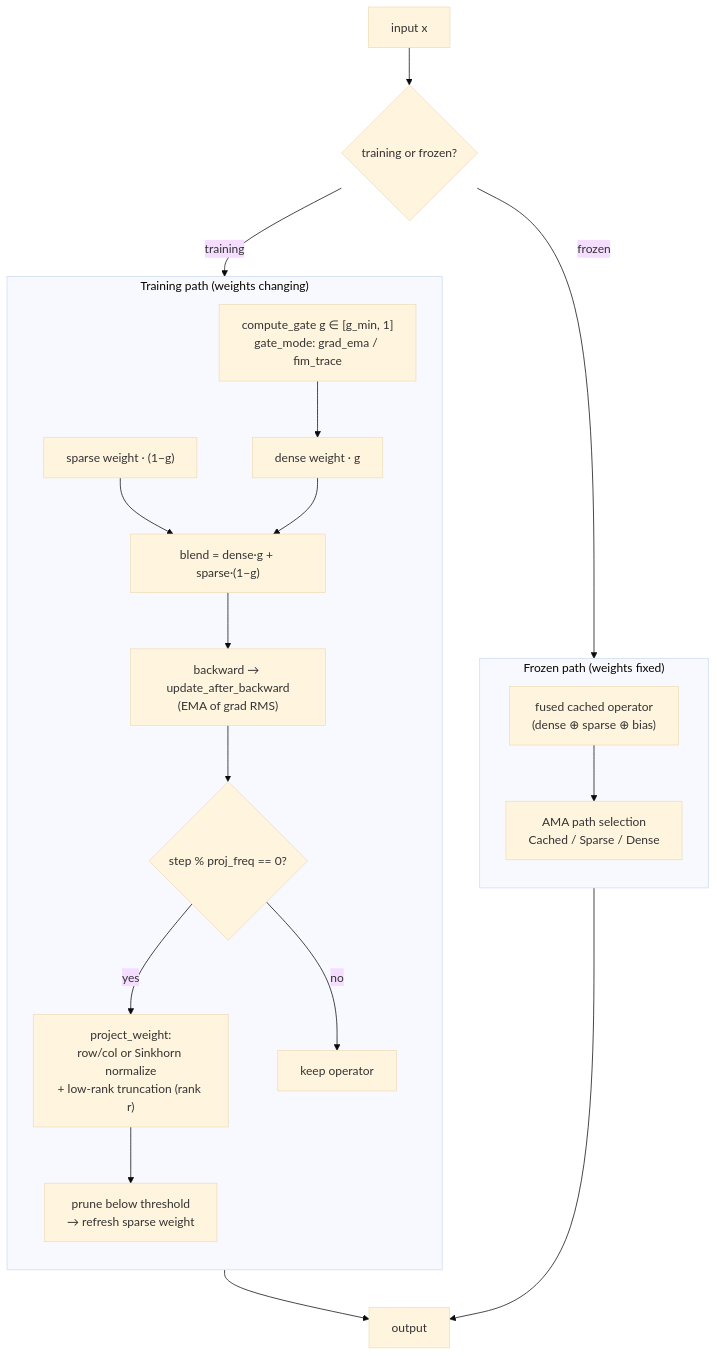
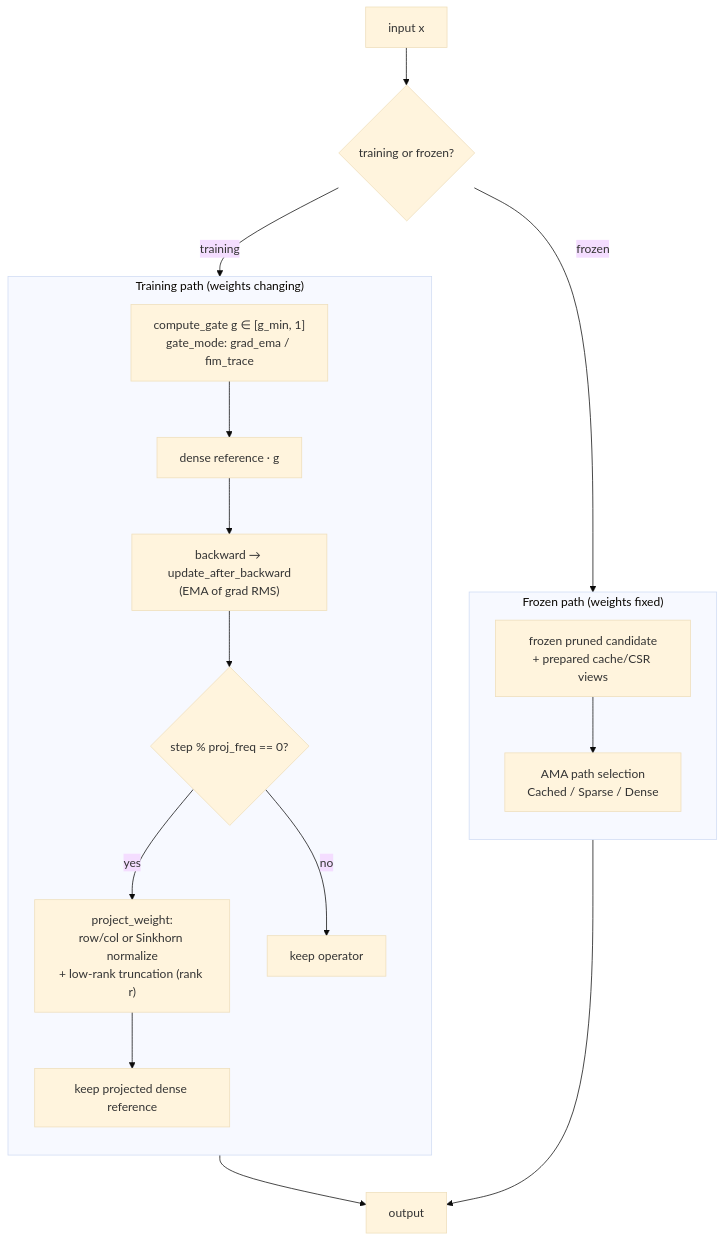
The first of 4 diagrams in README.md (zayokami/Talos-XII), drawn with Mermaid (base theme) before and after one commit. The commit also changed other lines of this file and 8 other files, not shown here.

````diff
--- a/README.md
+++ b/README.md
@@ -138,26 +138,24 @@
 ```mermaid
 flowchart TD
     X["input x"] --> G{"training or frozen?"}
 
     subgraph TRAIN["Training path (weights changing)"]
         direction TB
-        CG["compute_gate&nbsp;g&nbsp;∈&nbsp;[g_min,&nbsp;1]<br/>gate_mode: grad_ema / fim_trace"] --> DW["dense weight · g"]
-        SW["sparse weight · (1−g)"] --> BLEND["blend = dense·g + sparse·(1−g)"]
-        DW --> BLEND
-        BLEND --> BWD["backward → update_after_backward<br/>(EMA of grad RMS)"]
+        CG["compute_gate&nbsp;g&nbsp;∈&nbsp;[g_min,&nbsp;1]<br/>gate_mode: grad_ema / fim_trace"] --> ACTIVE["dense reference · g"]
+        ACTIVE --> BWD["backward → update_after_backward<br/>(EMA of grad RMS)"]
         BWD --> PROJ{"step % proj_freq == 0?"}
         PROJ -- yes --> MANI["project_weight:<br/>row/col or Sinkhorn normalize<br/>+ low-rank truncation (rank r)"]
-        MANI --> PRUNE["prune below threshold<br/>→ refresh sparse weight"]
+        MANI --> KEEP["keep projected dense reference"]
         PROJ -- no --> SKIP["keep operator"]
     end
 
     subgraph INFER["Frozen path (weights fixed)"]
         direction TB
-        FUSE["fused cached operator<br/>(dense ⊕ sparse ⊕ bias)"] --> AMA["AMA path selection<br/>Cached / Sparse / Dense"]
+        FUSE["frozen pruned candidate<br/>+ prepared cache/CSR views"] --> AMA["AMA path selection<br/>Cached / Sparse / Dense"]
     end
 
     G -- training --> TRAIN
     G -- frozen --> INFER
     TRAIN --> OUT["output"]
     INFER --> OUT
 ```
````
